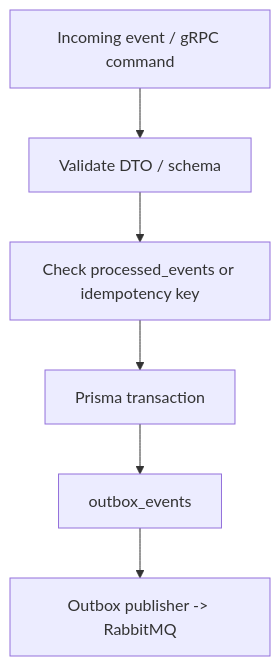
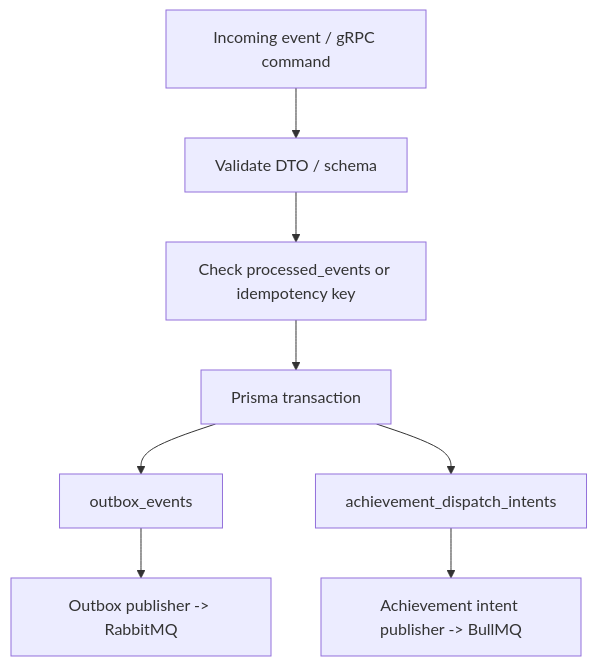
One commit to 100kgtrotila/cinema-loyalty-service changed the third of 3 diagrams in README.md. Above: the diagram before and after it, drawn with Mermaid. The commit also changed other lines of this file and 8 other files, not shown here.

````diff
--- a/README.md
+++ b/README.md
@@ -125,12 +126,15 @@
 ```mermaid
 flowchart TD
     Event["Incoming event / gRPC command"]
     Validate["Validate DTO / schema"]
     Idempotency["Check processed_events or idempotency key"]
     Tx["Prisma transaction"]
     Outbox["outbox_events"]
     Publish["Outbox publisher -> RabbitMQ"]
+    Intents["achievement_dispatch_intents"]
+    Queue["Achievement intent publisher -> BullMQ"]
 
     Event --> Validate --> Idempotency --> Tx
     Tx --> Outbox --> Publish
+    Tx --> Intents --> Queue
 ```
````
